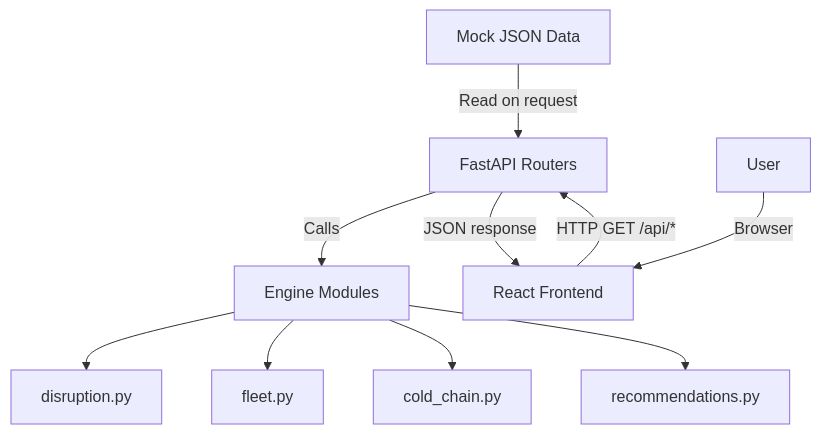
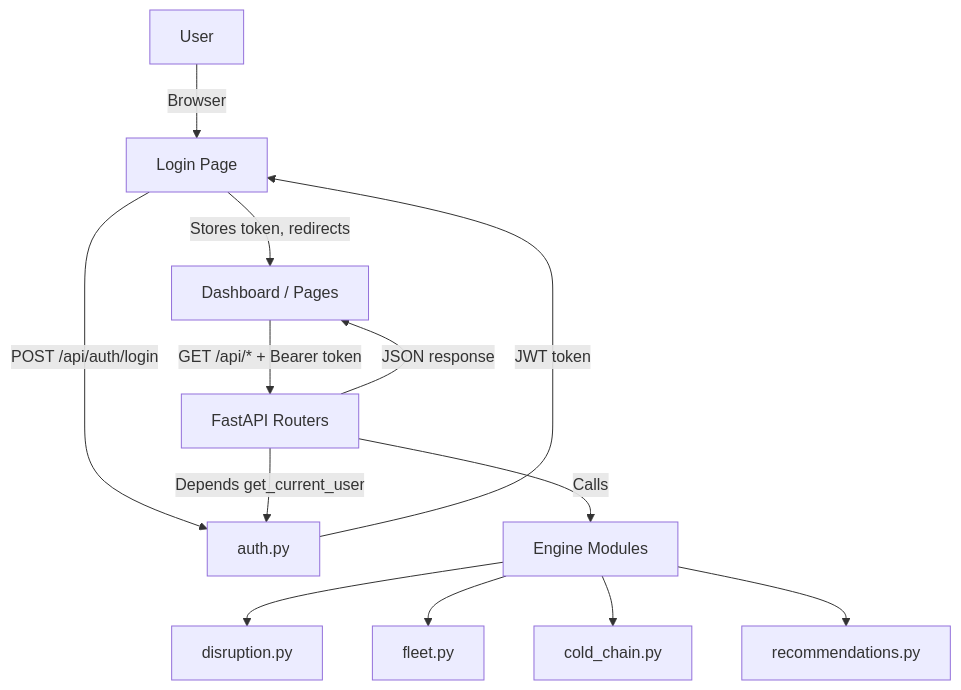
One commit to Jajadiyavisrut/Dark-Void changed the diagram in docs/architecture.md. Above: the diagram before and after it, drawn with Mermaid. The commit also changed other lines of this file, not shown here.

Commit message:
docs(arch): add auth component to breakdown table and JWT auth flow diagram

````diff
--- a/docs/architecture.md
+++ b/docs/architecture.md
@@ -17,12 +35,15 @@
 ```mermaid
 graph TD
-    A[Mock JSON Data] -->|Read on request| B[FastAPI Routers]
+    U[User] -->|Browser| L[Login Page]
+    L -->|POST /api/auth/login| A[auth.py]
+    A -->|JWT token| L
+    L -->|Stores token, redirects| D[Dashboard / Pages]
+    D -->|GET /api/* + Bearer token| B[FastAPI Routers]
+    B -->|Depends get_current_user| A
     B -->|Calls| C[Engine Modules]
     C --> C1[disruption.py]
     C --> C2[fleet.py]
     C --> C3[cold_chain.py]
     C --> C4[recommendations.py]
-    B -->|JSON response| D[React Frontend]
-    E[User] -->|Browser| D
-    D -->|HTTP GET /api/*| B
+    B -->|JSON response| D
 ```
````
